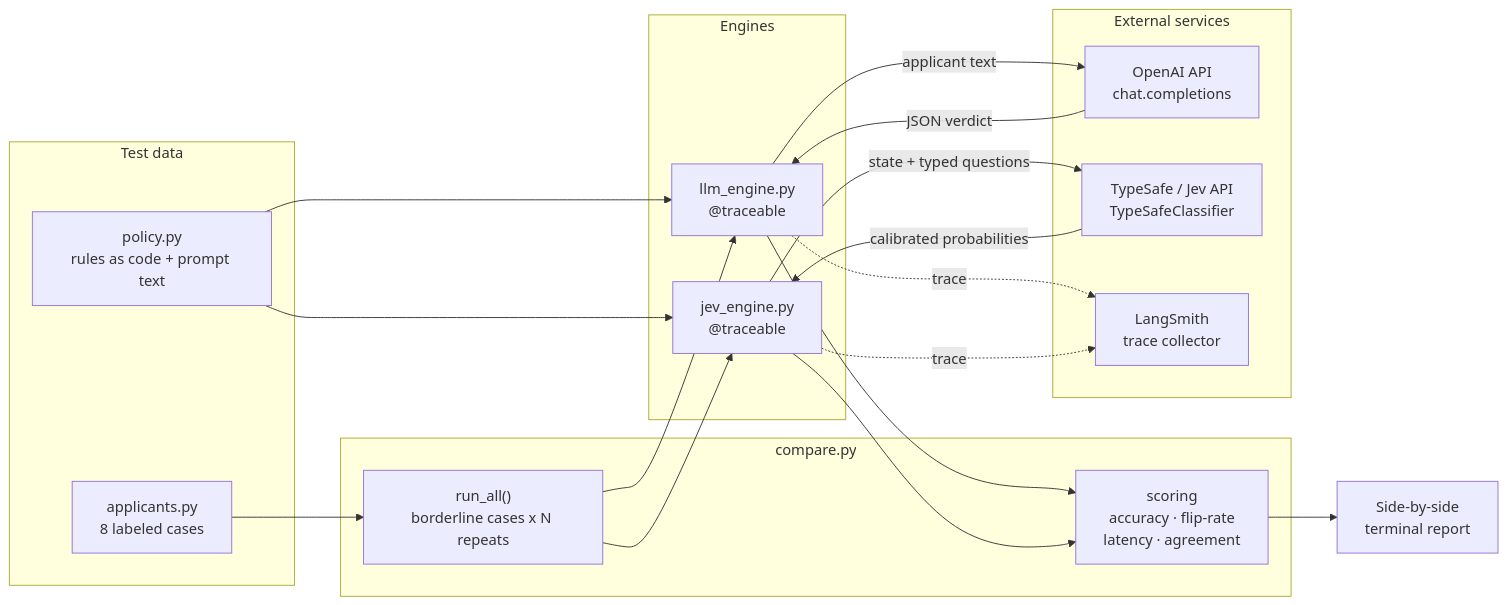
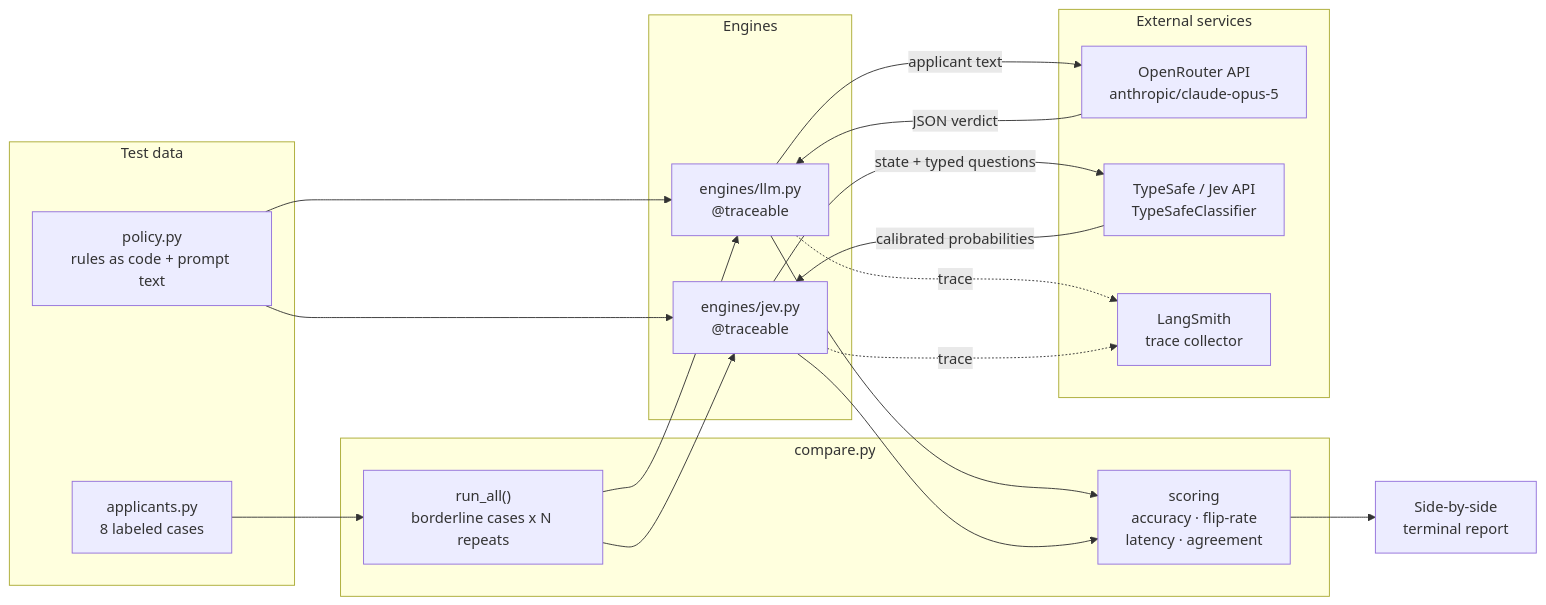
One commit to sureshmanem/jev_vs_llm_compare changed the second of 2 diagrams in README.md. Above: the diagram before and after it, drawn with Mermaid. The commit also changed other lines of this file and 15 other files, not shown here.

First line of the commit message:
Restructure into src/ package; run LLM engine on Claude Opus 5 via OpenRouter

````diff
--- a/README.md
+++ b/README.md
@@ -87,38 +87,38 @@
 ```mermaid
 flowchart LR
     subgraph Data["Test data"]
         AP["applicants.py<br/>8 labeled cases"]
         PO["policy.py<br/>rules as code + prompt text"]
     end
 
     subgraph Harness["compare.py"]
         RUN["run_all()<br/>borderline cases x N repeats"]
         SCORE["scoring<br/>accuracy · flip-rate<br/>latency · agreement"]
     end
 
     subgraph Engines
-        LE["llm_engine.py<br/>@traceable"]
-        JE["jev_engine.py<br/>@traceable"]
+        LE["engines/llm.py<br/>@traceable"]
+        JE["engines/jev.py<br/>@traceable"]
     end
 
     subgraph External["External services"]
-        OA["OpenAI API<br/>chat.completions"]
+        OA["OpenRouter API<br/>anthropic/claude-opus-5"]
         JV["TypeSafe / Jev API<br/>TypeSafeClassifier"]
         LS["LangSmith<br/>trace collector"]
     end
 
     AP --> RUN
     PO --> LE
     PO --> JE
     RUN --> LE
     RUN --> JE
     LE -->|"applicant text"| OA
     OA -->|"JSON verdict"| LE
     JE -->|"state + typed questions"| JV
     JV -->|"calibrated probabilities"| JE
     LE -.->|"trace"| LS
     JE -.->|"trace"| LS
     LE --> SCORE
     JE --> SCORE
     SCORE --> OUT["Side-by-side<br/>terminal report"]
 ```
````
